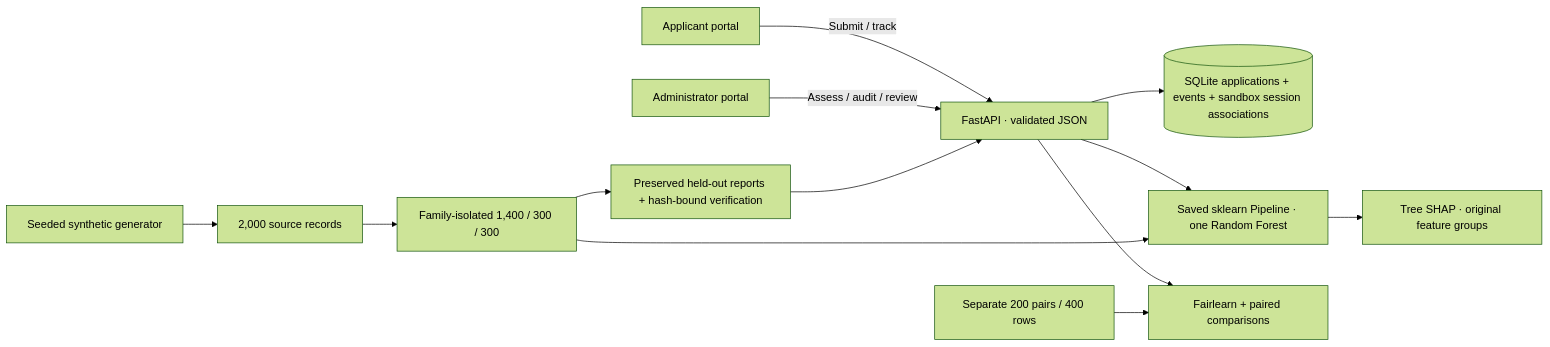
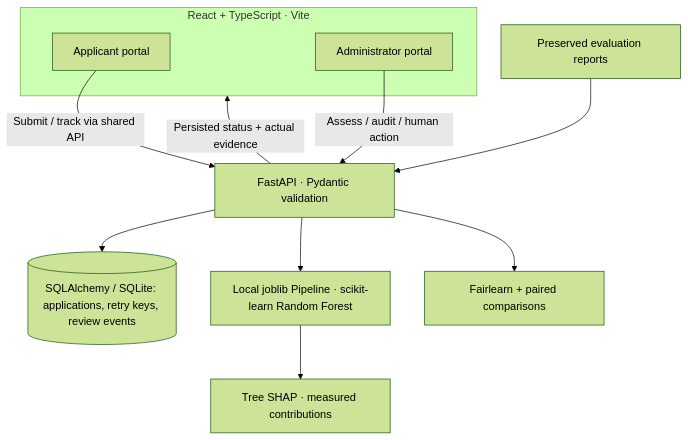
The second of 2 diagrams in README.md (Advaith-Ganesh/HABITAT), drawn with Mermaid (forest theme) before and after one commit. The commit also changed other lines of this file and 14 other files, not shown here.

Commit message:
Showcase HABITAT with human team credits, real workflow and report-backed charts

````diff
--- a/README.md
+++ b/README.md
@@ -29,15 +160,15 @@
 ```mermaid
-flowchart LR
-    Applicant["Applicant portal"] -->|"Submit / track"| API["FastAPI · validated JSON"]
-    Admin["Administrator portal"] -->|"Assess / audit / review"| API
-    API --> DB[("SQLite applications + events + sandbox session associations")]
-    API --> Pipeline["Saved sklearn Pipeline · one Random Forest"]
-    Pipeline --> SHAP["Tree SHAP · original feature groups"]
-    API --> Fairness["Fairlearn + paired comparisons"]
-    Reports["Preserved held-out reports + hash-bound verification"] --> API
-    Generator["Seeded synthetic generator"] --> Source["2,000 source records"]
-    Source --> Split["Family-isolated 1,400 / 300 / 300"]
-    Split --> Pipeline
-    Split --> Reports
-    PairSuite["Separate 200 pairs / 400 rows"] --> Fairness
+flowchart TD
+    subgraph Browser["React + TypeScript · Vite"]
+        Applicant["Applicant portal"]
+        Admin["Administrator portal"]
+    end
+    Applicant -->|"Submit / track via shared API"| API["FastAPI · Pydantic validation"]
+    Admin -->|"Assess / audit / human action"| API
+    API --> DB[("SQLAlchemy / SQLite: applications, retry keys, review events")]
+    API --> Model["Local joblib Pipeline · scikit-learn Random Forest"]
+    Model --> Explain["Tree SHAP · measured contributions"]
+    API --> Audit["Fairlearn + paired comparisons"]
+    Reports["Preserved evaluation reports"] --> API
+    API -->|"Persisted status + actual evidence"| Browser
 ```
````
